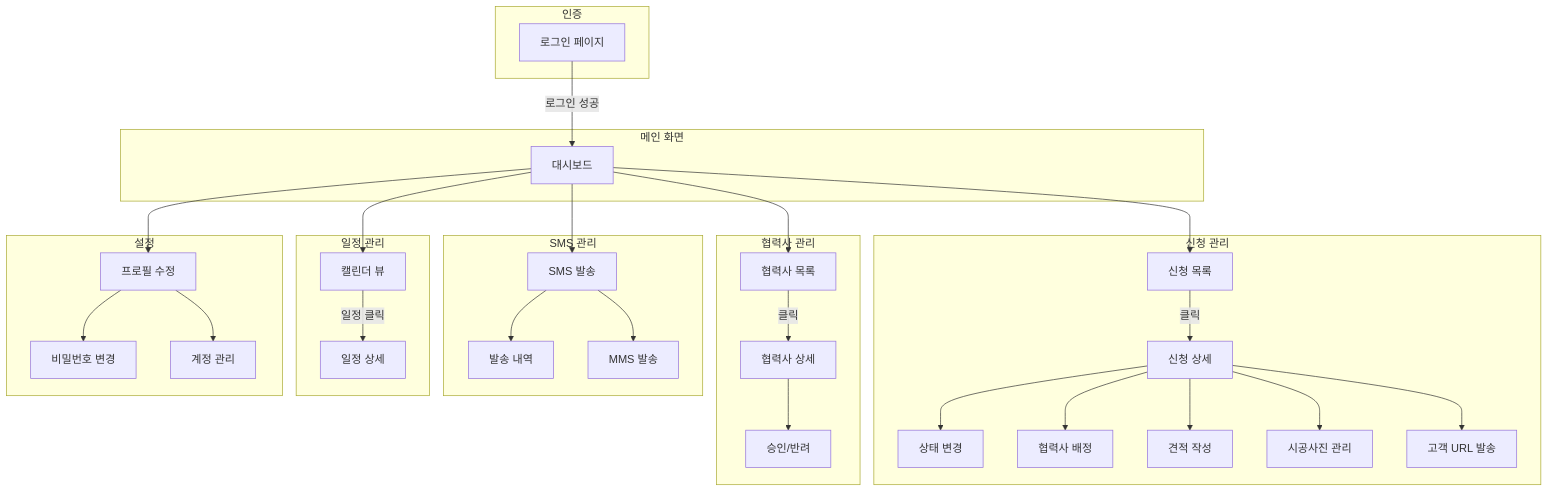
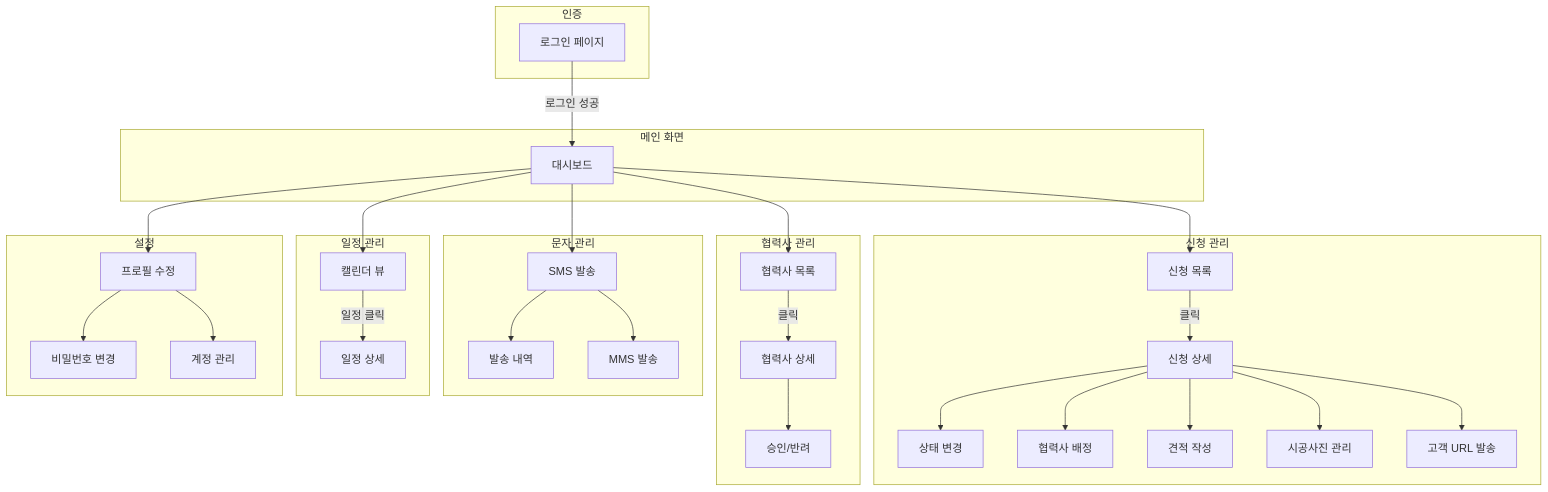
One commit to IT7KR/jeonbang_homecare changed the second of 6 diagrams in docs/SCREEN_FLOW.md. Above: the diagram before and after it, drawn with Mermaid. The commit also changed other lines of this file and 5 other files, not shown here.

````diff
--- a/docs/SCREEN_FLOW.md
+++ b/docs/SCREEN_FLOW.md
@@ -65,69 +65,69 @@
 ```mermaid
 flowchart TD
     subgraph 인증["인증"]
         L1[로그인 페이지]
     end
 
     subgraph 메인화면["메인 화면"]
         D1[대시보드]
     end
 
     subgraph 신청관리["신청 관리"]
         AP1[신청 목록]
         AP2[신청 상세]
         AP3[상태 변경]
         AP4[협력사 배정]
         AP5[견적 작성]
         AP6[시공사진 관리]
         AP7[고객 URL 발송]
     end
 
     subgraph 협력사관리["협력사 관리"]
         PT1[협력사 목록]
         PT2[협력사 상세]
         PT3[승인/반려]
     end
 
-    subgraph SMS관리["SMS 관리"]
+    subgraph SMS관리["문자 관리"]
         S1[SMS 발송]
         S2[발송 내역]
         S3[MMS 발송]
     end
 
     subgraph 일정관리["일정 관리"]
         SC1[캘린더 뷰]
         SC2[일정 상세]
     end
 
     subgraph 설정["설정"]
         ST1[프로필 수정]
         ST2[비밀번호 변경]
         ST3[계정 관리]
     end
 
     L1 --> |로그인 성공| D1
 
     D1 --> AP1
     D1 --> PT1
     D1 --> S1
     D1 --> SC1
     D1 --> ST1
 
     AP1 --> |클릭| AP2
     AP2 --> AP3
     AP2 --> AP4
     AP2 --> AP5
     AP2 --> AP6
     AP2 --> AP7
 
     PT1 --> |클릭| PT2
     PT2 --> PT3
 
     S1 --> S2
     S1 --> S3
 
     SC1 --> |일정 클릭| SC2
 
     ST1 --> ST2
     ST1 --> ST3
 ```
````
